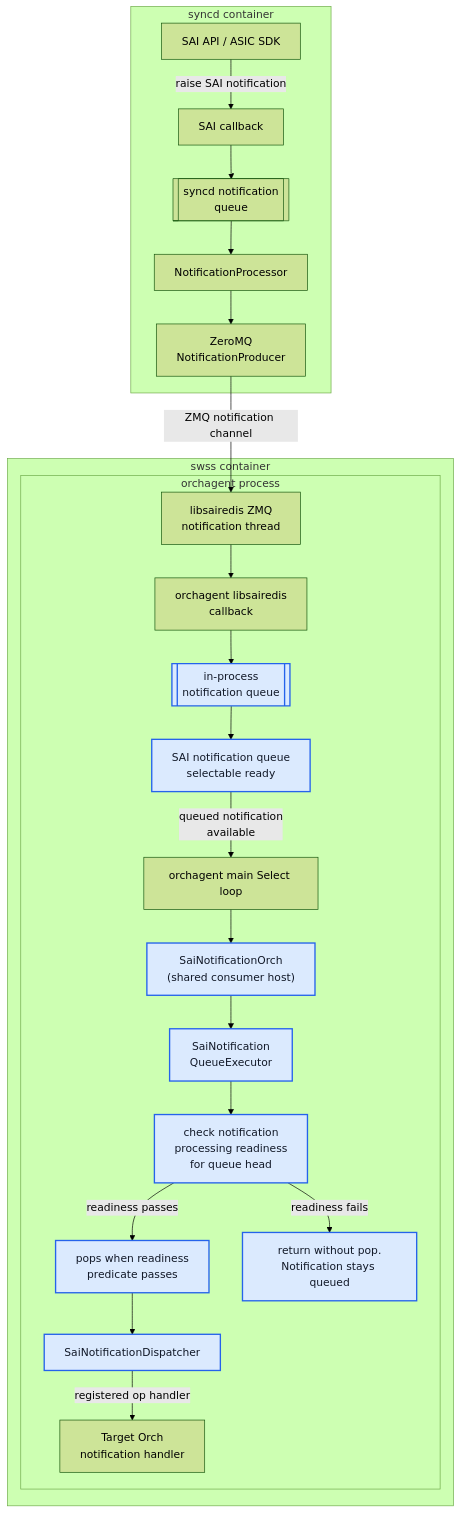
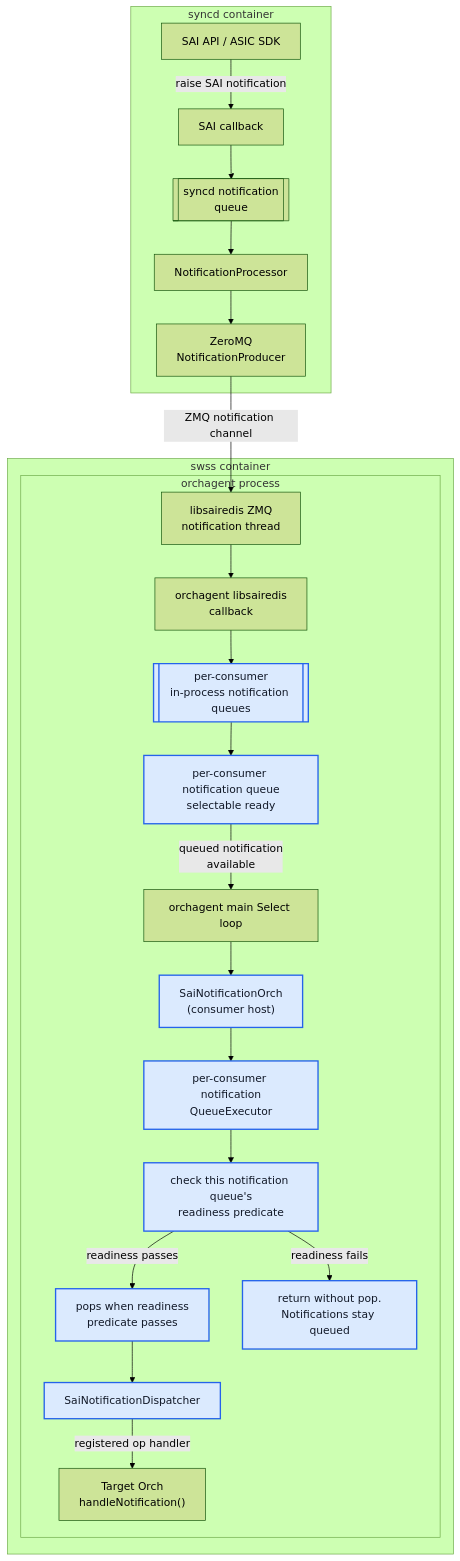
One commit to sonic-net/sonic-buildimage changed the fifth of 10 diagrams in hld/zmq-southbound-sai-notification-handling.md. Above: the diagram before and after it, drawn with Mermaid (forest theme). The commit also changed other lines of this file, not shown here.

Commit message:
Align Option 3 HLD with per-consumer notification queue design Document per-consumer queues, LruDedup/FIFO policy, readiness on SaiNotificationQueue, Redis-parity hasCachedData(), and COUNTERS_DB telemetry so the HLD matches the implementation under review.

````diff
--- a/hld/zmq-southbound-sai-notification-handling.md
+++ b/hld/zmq-southbound-sai-notification-handling.md
@@ -380,48 +386,48 @@
 ```mermaid
 flowchart TD
     subgraph syncdContainer["syncd container"]
         saiApi["SAI API / ASIC SDK"]
         syncdCallback["SAI callback"]
         ntfQueue[["syncd notification<br/>queue"]]
         notificationProcessor["NotificationProcessor"]
         zmqProducer["ZeroMQ<br/>NotificationProducer"]
     end
 
     subgraph swssContainer["swss container"]
         subgraph orchagentProcess["orchagent process"]
             zmqThread["libsairedis ZMQ<br/>notification thread"]
             saiCallback["orchagent libsairedis<br/>callback"]
-            notificationQueue[["in-process<br/>notification queue"]]
-            queueSelectableReady["SAI notification queue<br/>selectable ready"]
+            notificationQueue[["per-consumer<br/>in-process notification queues"]]
+            queueSelectableReady["per-consumer notification queue<br/>selectable ready"]
             mainLoop["orchagent main Select loop"]
-            saiNotificationOrch["SaiNotificationOrch<br/>(shared consumer host)"]
-            queueExecutor["SaiNotification<br/>QueueExecutor"]
-            headPredicate["check notification<br/>processing readiness<br/>for queue head"]
+            saiNotificationOrch["SaiNotificationOrch<br/>(consumer host)"]
+            queueExecutor["per-consumer notification<br/>QueueExecutor"]
+            headPredicate["check this notification queue's<br/>readiness predicate"]
             queueDrain["pops when readiness<br/>predicate passes"]
-            stayQueued["return without pop.<br/>Notification stays queued"]
+            stayQueued["return without pop.<br/>Notifications stay queued"]
             dispatcher["SaiNotificationDispatcher"]
-            orchHandler["Target Orch<br/>notification handler"]
+            orchHandler["Target Orch<br/>handleNotification()"]
         end
     end
 
     saiApi -->|"raise SAI notification"| syncdCallback
     syncdCallback --> ntfQueue
     ntfQueue --> notificationProcessor
     notificationProcessor --> zmqProducer
     zmqProducer -->|"ZMQ notification channel"| zmqThread
     zmqThread --> saiCallback
 
     saiCallback --> notificationQueue
     notificationQueue --> queueSelectableReady
     queueSelectableReady -->|"queued notification<br/>available"| mainLoop
     mainLoop --> saiNotificationOrch
     saiNotificationOrch --> queueExecutor
     queueExecutor --> headPredicate
     headPredicate -->|"readiness passes"| queueDrain
     headPredicate -->|"readiness fails"| stayQueued
     queueDrain --> dispatcher
     dispatcher -->|"registered op handler"| orchHandler
 
     classDef option3New fill:#dbeafe,stroke:#2563eb,stroke-width:2px,color:#111827
     class notificationQueue,queueSelectableReady,saiNotificationOrch,queueExecutor,headPredicate,queueDrain,stayQueued,dispatcher option3New
 ```
````
